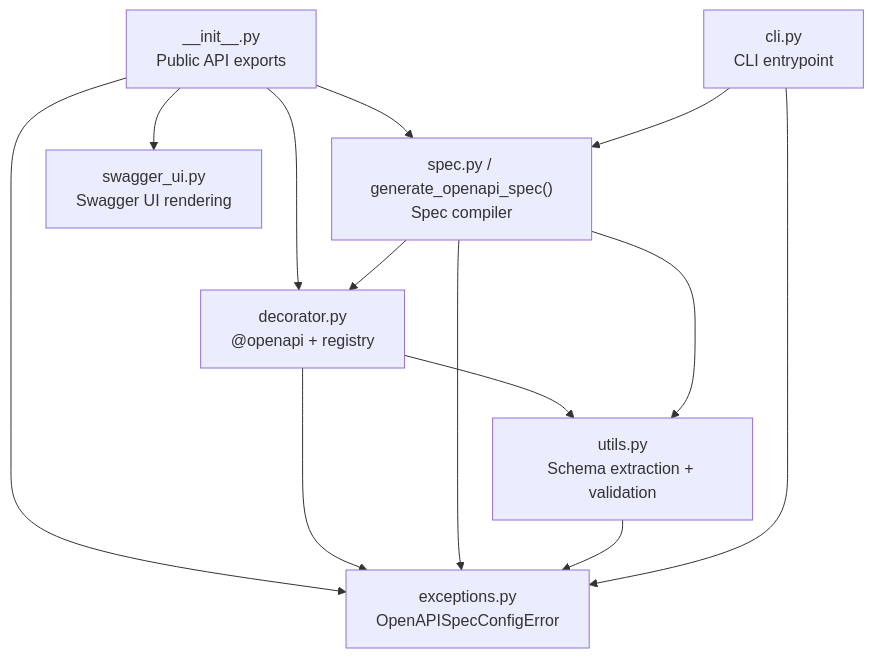
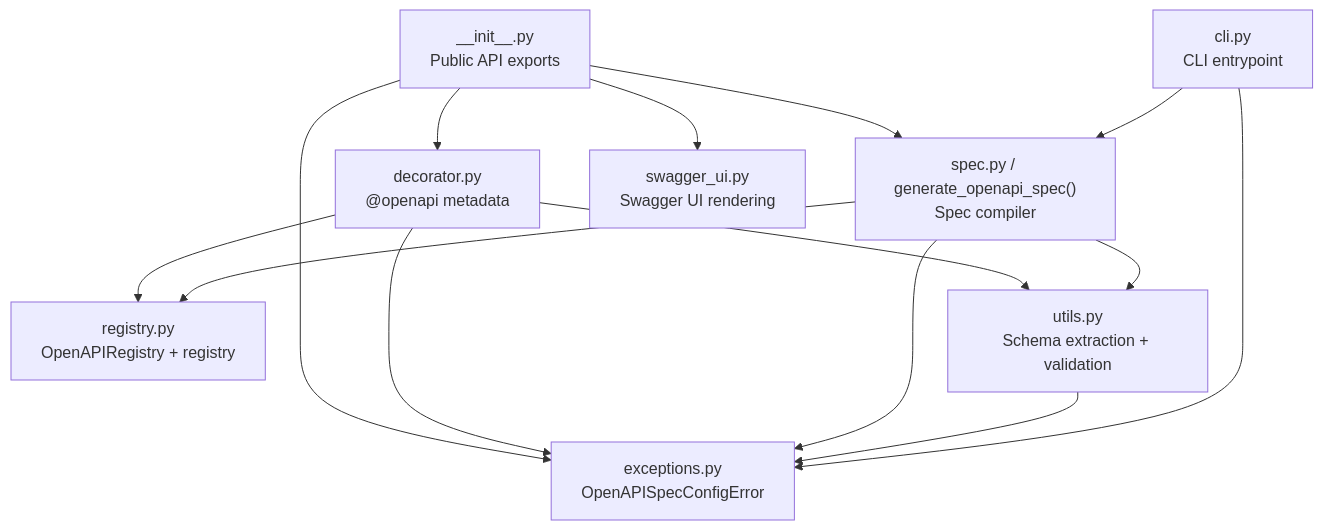
Before and after one commit to yeongseon/azure-functions-openapi-python: the third of 3 diagrams in docs/architecture.md, drawn with Mermaid. The commit also changed other lines of this file, not shown here.

Commit message:
docs: clarify registry ownership and app-scoped discovery

````diff
--- a/docs/architecture.md
+++ b/docs/architecture.md
@@ -111,23 +115,25 @@
 ```mermaid
 flowchart TD
     INIT["__init__.py<br/>Public API exports"]
-    DEC["decorator.py<br/>@openapi + registry"]
+    DEC["decorator.py<br/>@openapi metadata"]
+    REG["registry.py<br/>OpenAPIRegistry + registry"]
     OAI["spec.py / generate_openapi_spec()<br/>Spec compiler"]
     UTL["utils.py<br/>Schema extraction + validation"]
     SUI["swagger_ui.py<br/>Swagger UI rendering"]
     CLI["cli.py<br/>CLI entrypoint"]
     EXC["exceptions.py<br/>OpenAPISpecConfigError"]
 
     INIT --> DEC
     INIT --> OAI
     INIT --> SUI
     INIT --> EXC
     DEC --> UTL
     DEC --> EXC
-    OAI --> DEC
+    DEC --> REG
+    OAI --> REG
     OAI --> UTL
     OAI --> EXC
     UTL --> EXC
     CLI --> OAI
     CLI --> EXC
 ```
````
